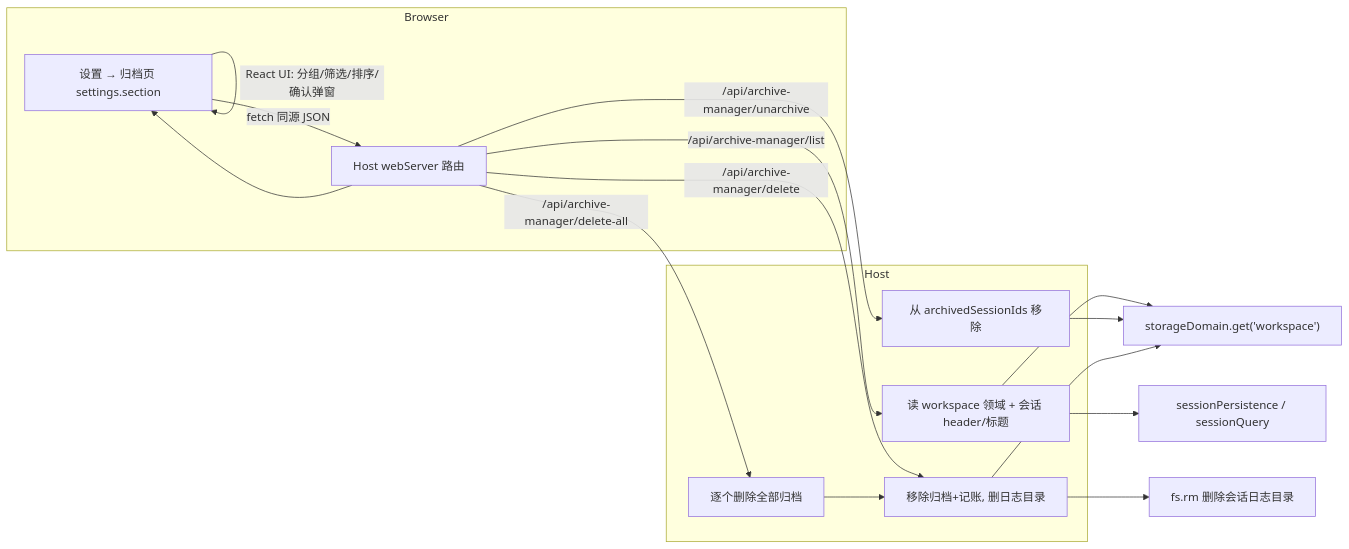
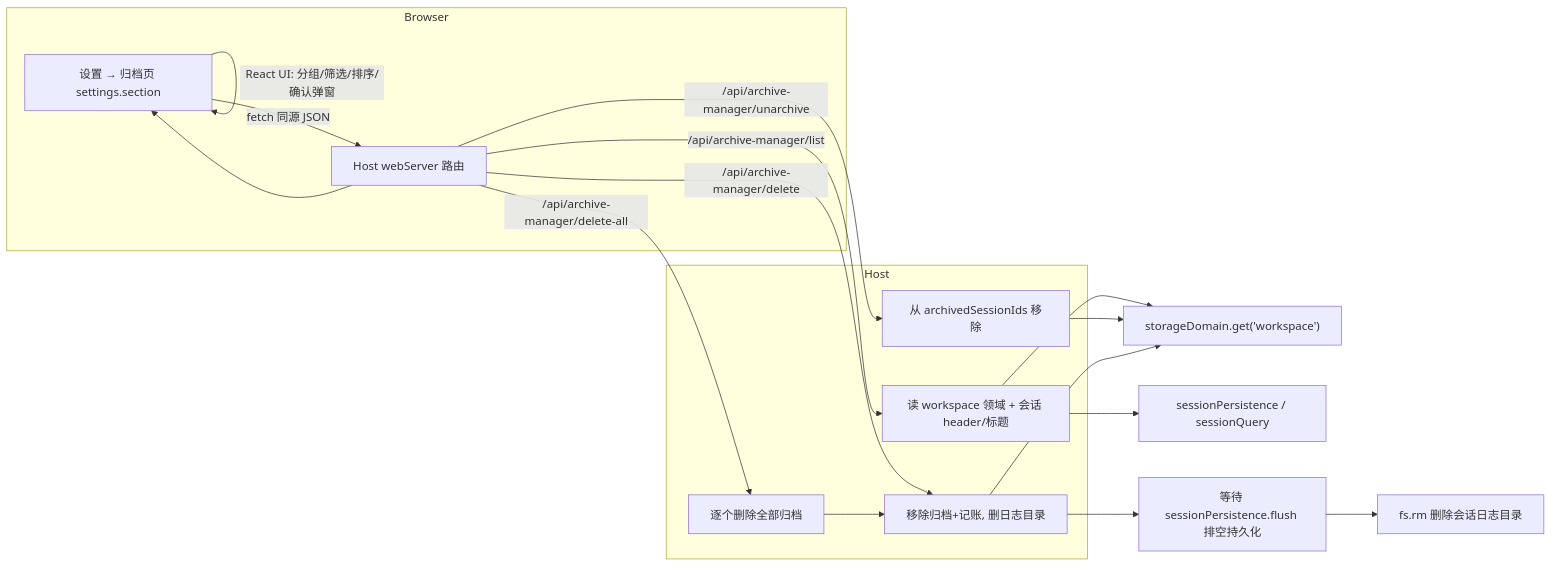
The diagram in README.md (Ycet/dsh-archive-manager), drawn with Mermaid before and after one commit. The commit also changed other lines of this file and 4 other files, not shown here.

````diff
--- a/README.md
+++ b/README.md
@@ -128,22 +128,23 @@
 ```mermaid
 flowchart LR
     subgraph Browser
         A["设置 → 归档页 settings.section"] -->|"fetch 同源 JSON"| R
         A -->|"React UI: 分组/筛选/排序/确认弹窗"| A
         R["Host webServer 路由"] --> A
     end
 
     subgraph Host
         R -->|"/api/archive-manager/list"| H1["读 workspace 领域 + 会话 header/标题"]
         R -->|"/api/archive-manager/unarchive"| H2["从 archivedSessionIds 移除"]
         R -->|"/api/archive-manager/delete"| H3["移除归档+记账, 删日志目录"]
         R -->|"/api/archive-manager/delete-all"| H4["逐个删除全部归档"]
     end
 
     H1 --> WS["storageDomain.get('workspace')"]
     H1 --> SP["sessionPersistence / sessionQuery"]
     H2 --> WS
     H3 --> WS
-    H3 --> FS["fs.rm 删除会话日志目录"]
+    H3 --> FL["等待 sessionPersistence.flush 排空持久化"]
+    FL --> FS["fs.rm 删除会话日志目录"]
     H4 --> H3
 ```
````
